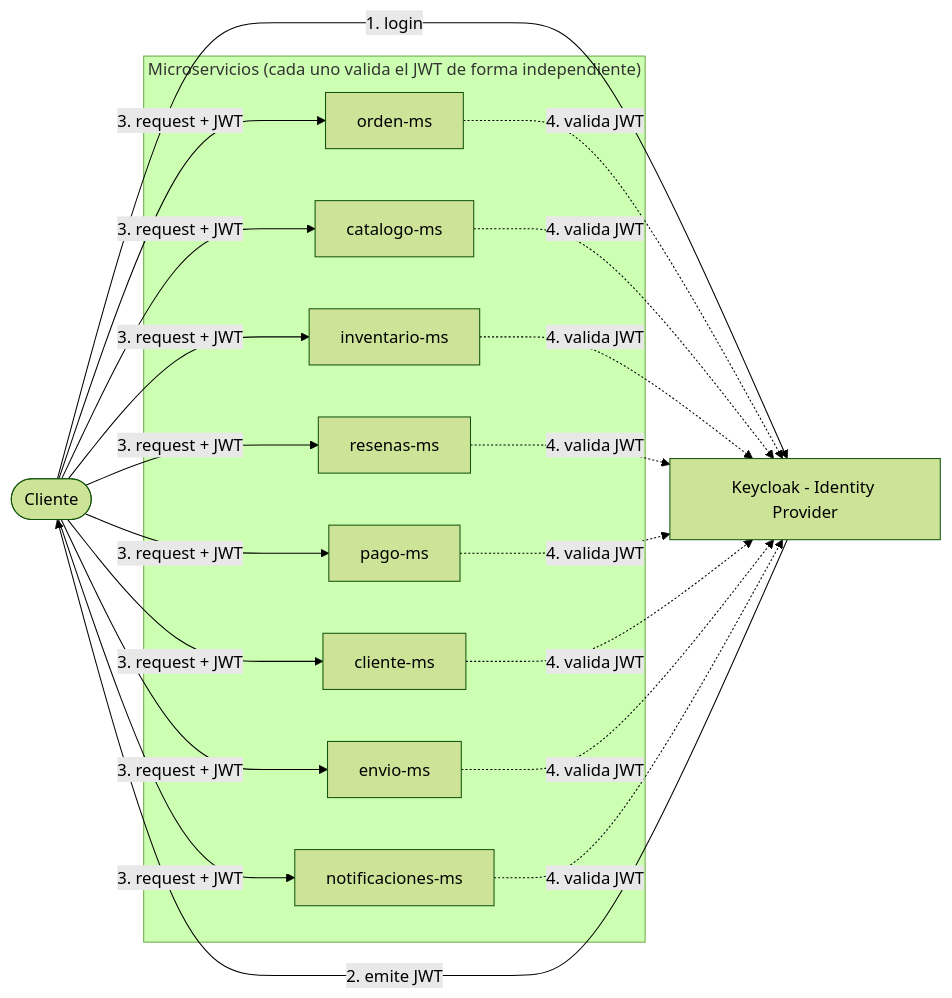
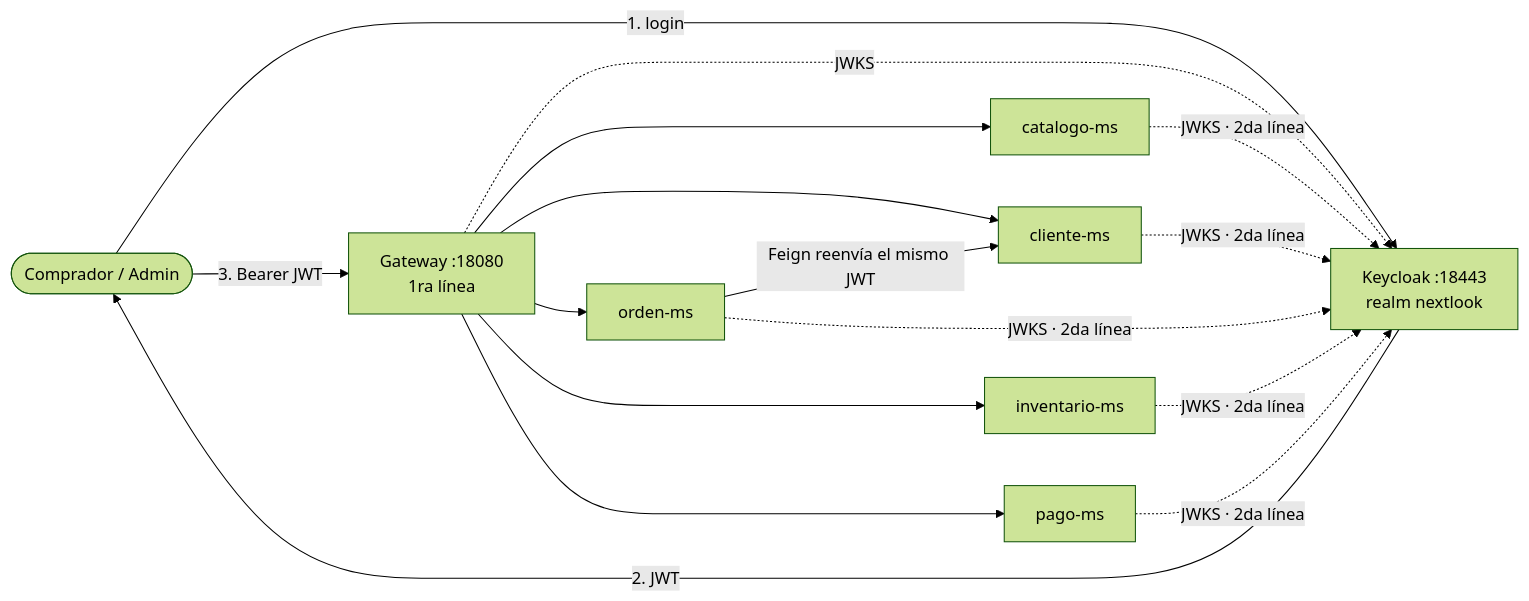
The diagram in NextLook/docs/seguridad.md (anghelo523/nextlook), drawn with Mermaid (forest theme) before and after one commit. The commit also changed other lines of this file and 310 other files, not shown here.

````diff
--- a/NextLook/docs/seguridad.md
+++ b/NextLook/docs/seguridad.md
@@ -5,37 +10,10 @@
 ```mermaid
 flowchart LR
-    Cliente(["Cliente"])
-    Keycloak["Keycloak - Identity Provider"]
-
-    Cliente -->|"1. login"| Keycloak
-    Keycloak -->|"2. emite JWT"| Cliente
-
-    subgraph MS["Microservicios (cada uno valida el JWT de forma independiente)"]
-        OrdenMS["orden-ms"]
-        CatalogoMS["catalogo-ms"]
-        InventarioMS["inventario-ms"]
-        ResenasMS["resenas-ms"]
-        PagoMS["pago-ms"]
-        ClienteMS["cliente-ms"]
-        EnvioMS["envio-ms"]
-        NotifMS["notificaciones-ms"]
-    end
-
-    Cliente -->|"3. request + JWT"| OrdenMS
-    Cliente -->|"3. request + JWT"| CatalogoMS
-    Cliente -->|"3. request + JWT"| InventarioMS
-    Cliente -->|"3. request + JWT"| ResenasMS
-    Cliente -->|"3. request + JWT"| PagoMS
-    Cliente -->|"3. request + JWT"| ClienteMS
-    Cliente -->|"3. request + JWT"| EnvioMS
-    Cliente -->|"3. request + JWT"| NotifMS
-
-    OrdenMS -.->|"4. valida JWT"| Keycloak
-    CatalogoMS -.->|"4. valida JWT"| Keycloak
-    InventarioMS -.->|"4. valida JWT"| Keycloak
-    ResenasMS -.->|"4. valida JWT"| Keycloak
-    PagoMS -.->|"4. valida JWT"| Keycloak
-    ClienteMS -.->|"4. valida JWT"| Keycloak
-    EnvioMS -.->|"4. valida JWT"| Keycloak
-    NotifMS -.->|"4. valida JWT"| Keycloak
+    C(["Comprador / Admin"]) -->|"1. login"| K["Keycloak :18443<br/>realm nextlook"]
+    K -->|"2. JWT"| C
+    C -->|"3. Bearer JWT"| G["Gateway :18080<br/>1ra línea"]
+    G --> CAT["catalogo-ms"] & CLI["cliente-ms"] & ORD["orden-ms"] & INV["inventario-ms"] & PAG["pago-ms"]
+    ORD -->|"Feign reenvía el mismo JWT"| CLI
+    G -.->|"JWKS"| K
+    CAT & CLI & ORD & INV & PAG -.->|"JWKS · 2da línea"| K
 ```
````
